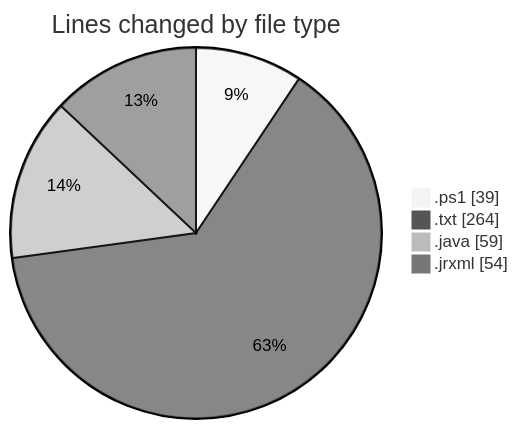
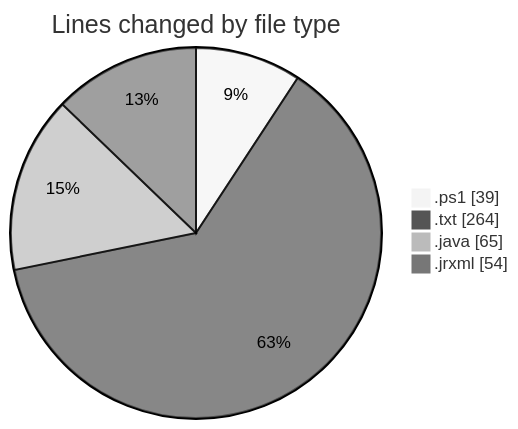
The first of 2 diagrams in 2026-03-03/cilreports__workspace_/README.md (ricardozamudiocil/code-tracking), drawn with Mermaid (neutral theme) before and after one commit. The commit also changed other lines of this file and 1 other file, not shown here.

````diff
--- a/2026-03-03/cilreports__workspace_/README.md
+++ b/2026-03-03/cilreports__workspace_/README.md
@@ -25,8 +25,8 @@
 ```mermaid
 pie showData
 title Lines changed by file type
 ".ps1" : 39
 ".txt" : 264
-".java" : 59
+".java" : 65
 ".jrxml" : 54
 ```
````
